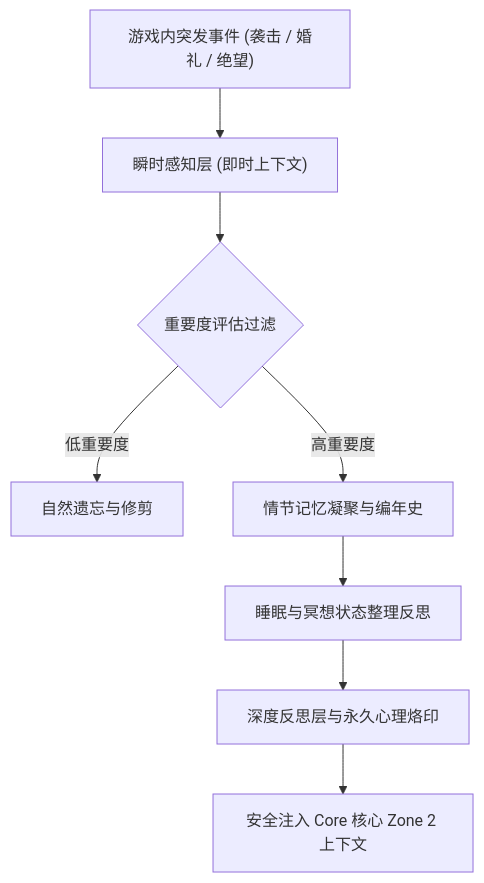
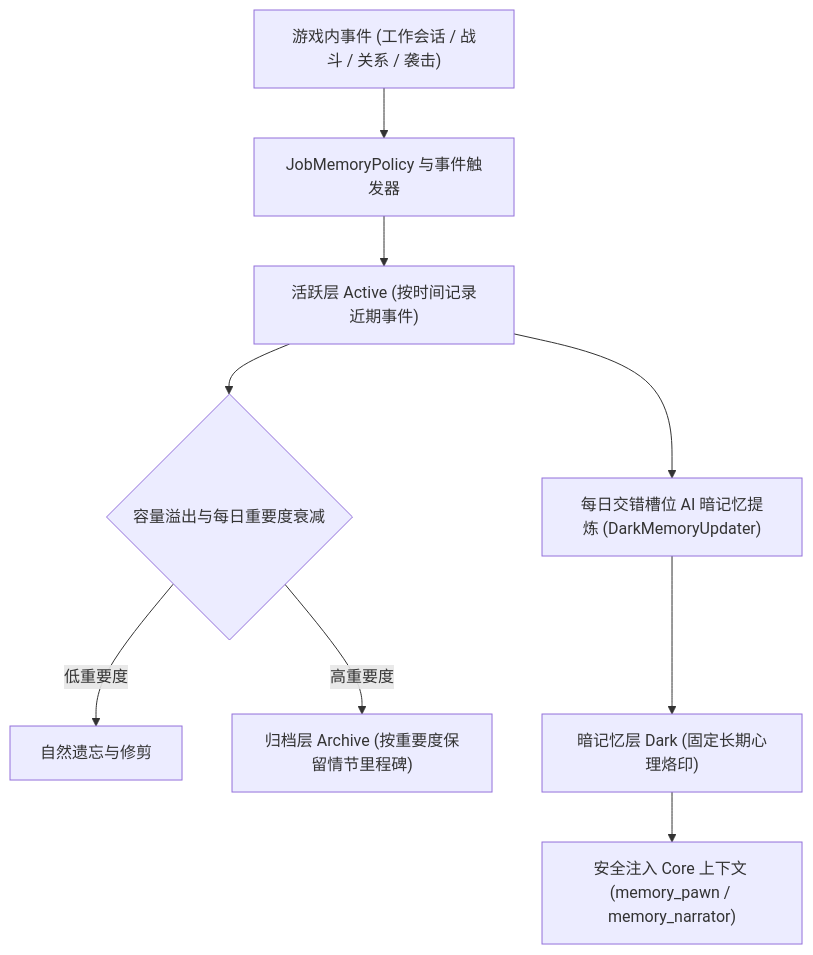
One commit to RimWorld-RimMind-Mod/RimWorld-RimMind-Mod-Memory changed the diagram in README_zh.md. Above: the diagram before and after it, drawn with Mermaid. The commit also changed other lines of this file and 47 other files, not shown here.

First line of the commit message:
fix(memory): fix ActionSkipCheck P0, data-driven JobMemoryPolicy, tick throttling, and schema registration (#27)

````diff
--- a/README_zh.md
+++ b/README_zh.md
@@ -41,11 +41,11 @@
 ```mermaid
 flowchart TD
-    RawEvent["游戏内突发事件 (袭击 / 婚礼 / 绝望)"] --> L1["瞬时感知层 (即时上下文)"]
-    L1 --> Filter{"重要度评估过滤"}
-    Filter -- 低重要度 --> Decay["自然遗忘与修剪"]
-    Filter -- 高重要度 --> L2["情节记忆凝聚与编年史"]
-    L2 --> Synthesis["睡眠与冥想状态整理反思"]
-    L3["深度反思层与永久心理烙印"]
-    Synthesis --> L3
-    L3 --> Prompt["安全注入 Core 核心 Zone 2 上下文"]
+    RawEvent["游戏内事件 (工作会话 / 战斗 / 关系 / 袭击)"] --> Policy["JobMemoryPolicy 与事件触发器"]
+    Policy --> Active["活跃层 Active (按时间记录近期事件)"]
+    Active --> Overflow{"容量溢出与每日重要度衰减"}
+    Overflow -- 低重要度 --> Decay["自然遗忘与修剪"]
+    Overflow -- 高重要度 --> Archive["归档层 Archive (按重要度保留情节里程碑)"]
+    Active --> DailyConsolidation["每日交错槽位 AI 暗记忆提炼 (DarkMemoryUpdater)"]
+    DailyConsolidation --> Dark["暗记忆层 Dark (固定长期心理烙印)"]
+    Dark --> Prompt["安全注入 Core 上下文 (memory_pawn / memory_narrator)"]
 ```
````
